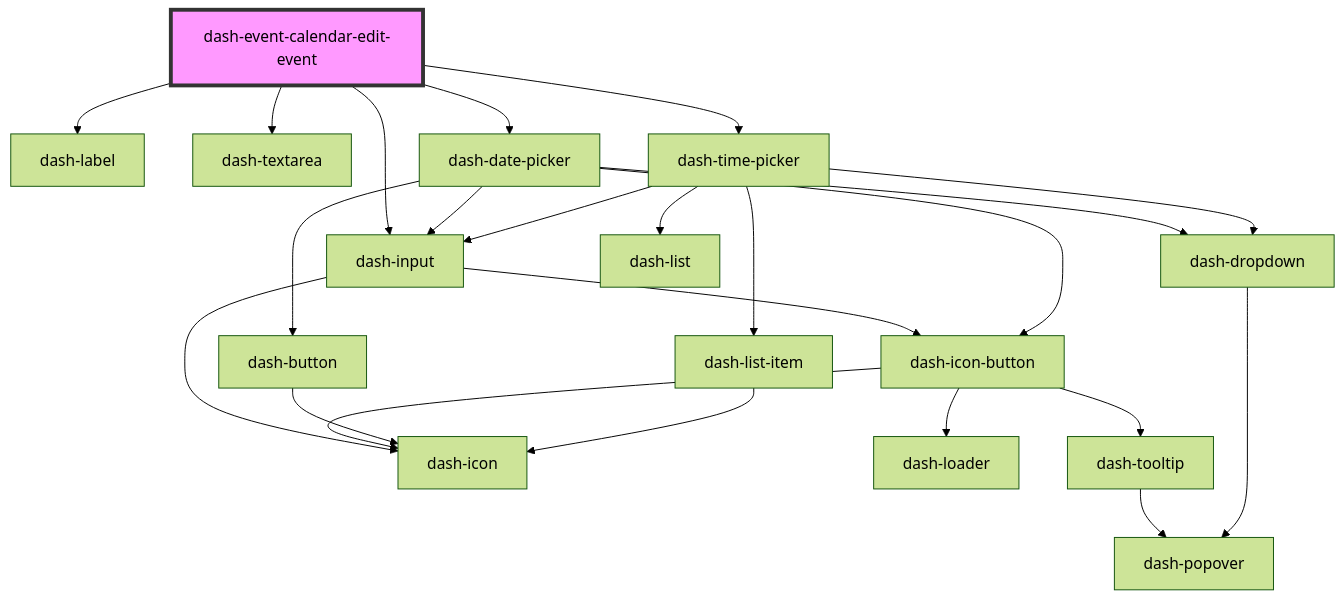
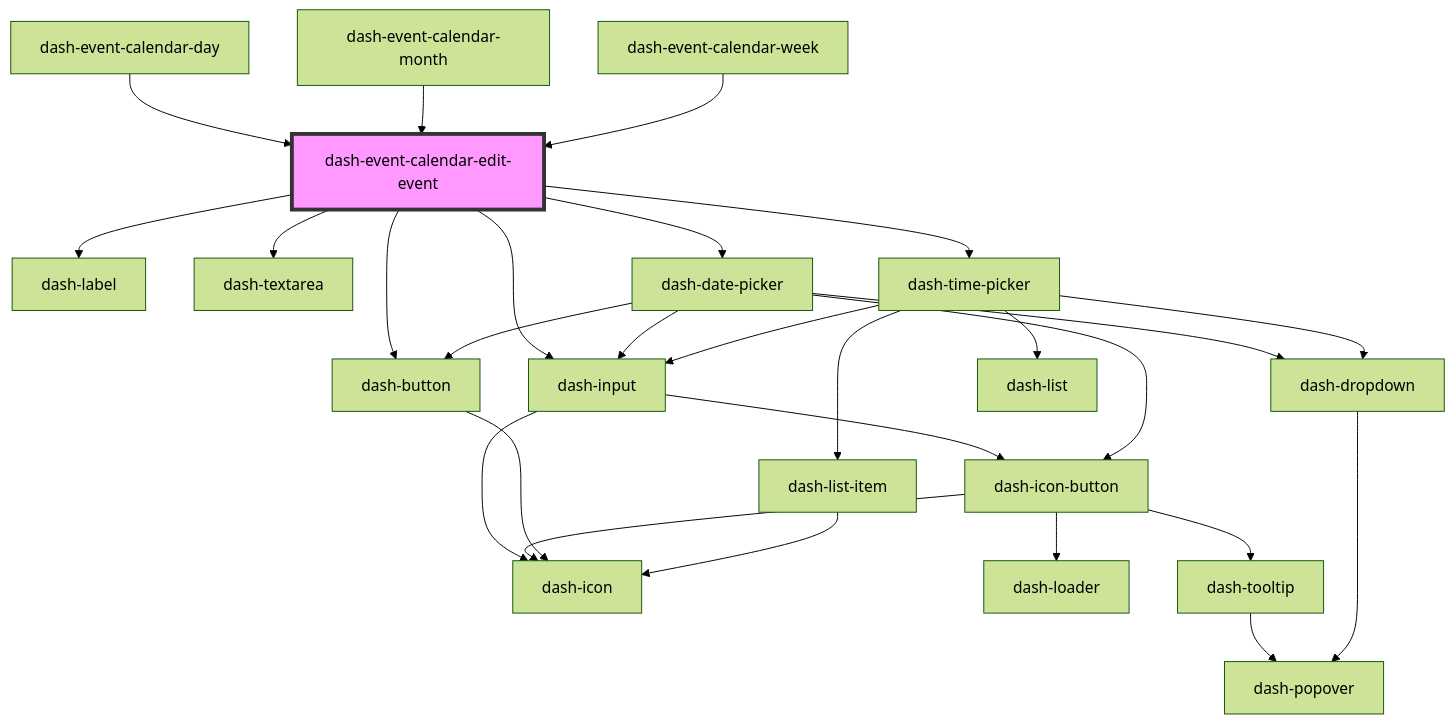
Before and after one commit to jmanke/dash: the diagram in packages/dash-components/src/components/dash-event-calendar/dash-event-calendar-edit-event/readme.md, drawn with Mermaid (forest theme). The commit also changed other lines of this file and 5 other files, not shown here.

````diff
--- a/packages/dash-components/src/components/dash-event-calendar/dash-event-calendar-edit-event/readme.md
+++ b/packages/dash-components/src/components/dash-event-calendar/dash-event-calendar-edit-event/readme.md
@@ -33,26 +41,30 @@
 ```mermaid
 graph TD;
   dash-event-calendar-edit-event --> dash-label
   dash-event-calendar-edit-event --> dash-input
   dash-event-calendar-edit-event --> dash-textarea
   dash-event-calendar-edit-event --> dash-date-picker
   dash-event-calendar-edit-event --> dash-time-picker
+  dash-event-calendar-edit-event --> dash-button
   dash-input --> dash-icon
   dash-input --> dash-icon-button
   dash-icon-button --> dash-icon
   dash-icon-button --> dash-loader
   dash-icon-button --> dash-tooltip
   dash-tooltip --> dash-popover
   dash-date-picker --> dash-dropdown
   dash-date-picker --> dash-input
   dash-date-picker --> dash-icon-button
   dash-date-picker --> dash-button
   dash-dropdown --> dash-popover
   dash-button --> dash-icon
   dash-time-picker --> dash-dropdown
   dash-time-picker --> dash-input
   dash-time-picker --> dash-list
   dash-time-picker --> dash-list-item
   dash-list-item --> dash-icon
+  dash-event-calendar-day --> dash-event-calendar-edit-event
+  dash-event-calendar-month --> dash-event-calendar-edit-event
+  dash-event-calendar-week --> dash-event-calendar-edit-event
   style dash-event-calendar-edit-event fill:#f9f,stroke:#333,stroke-width:4px
 ```
````
